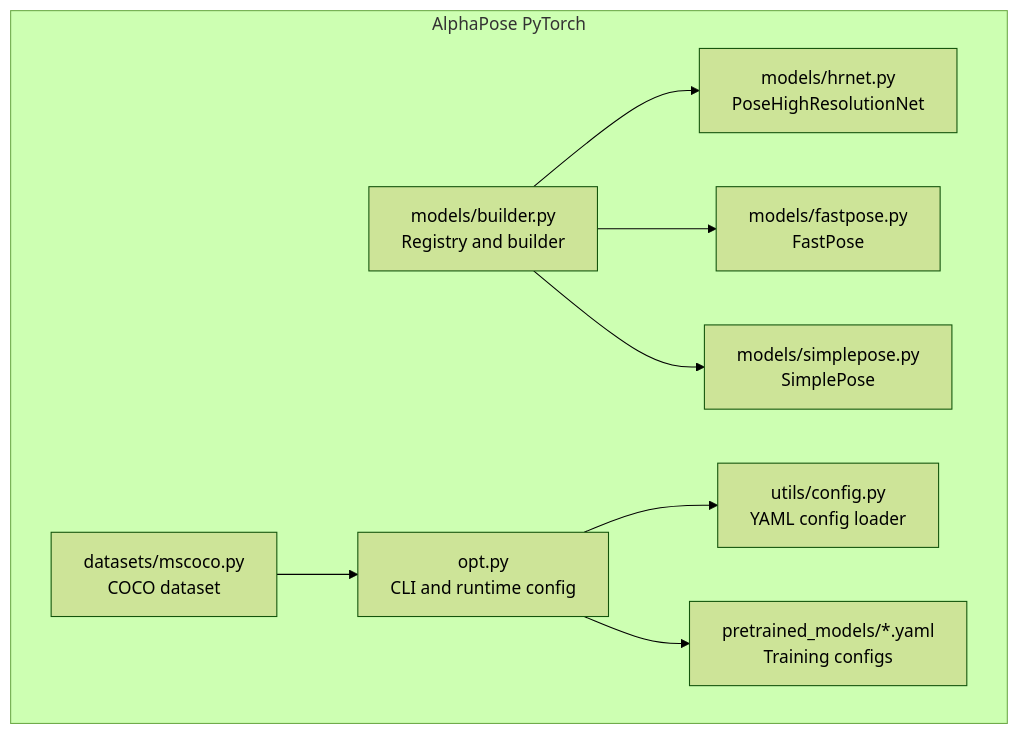
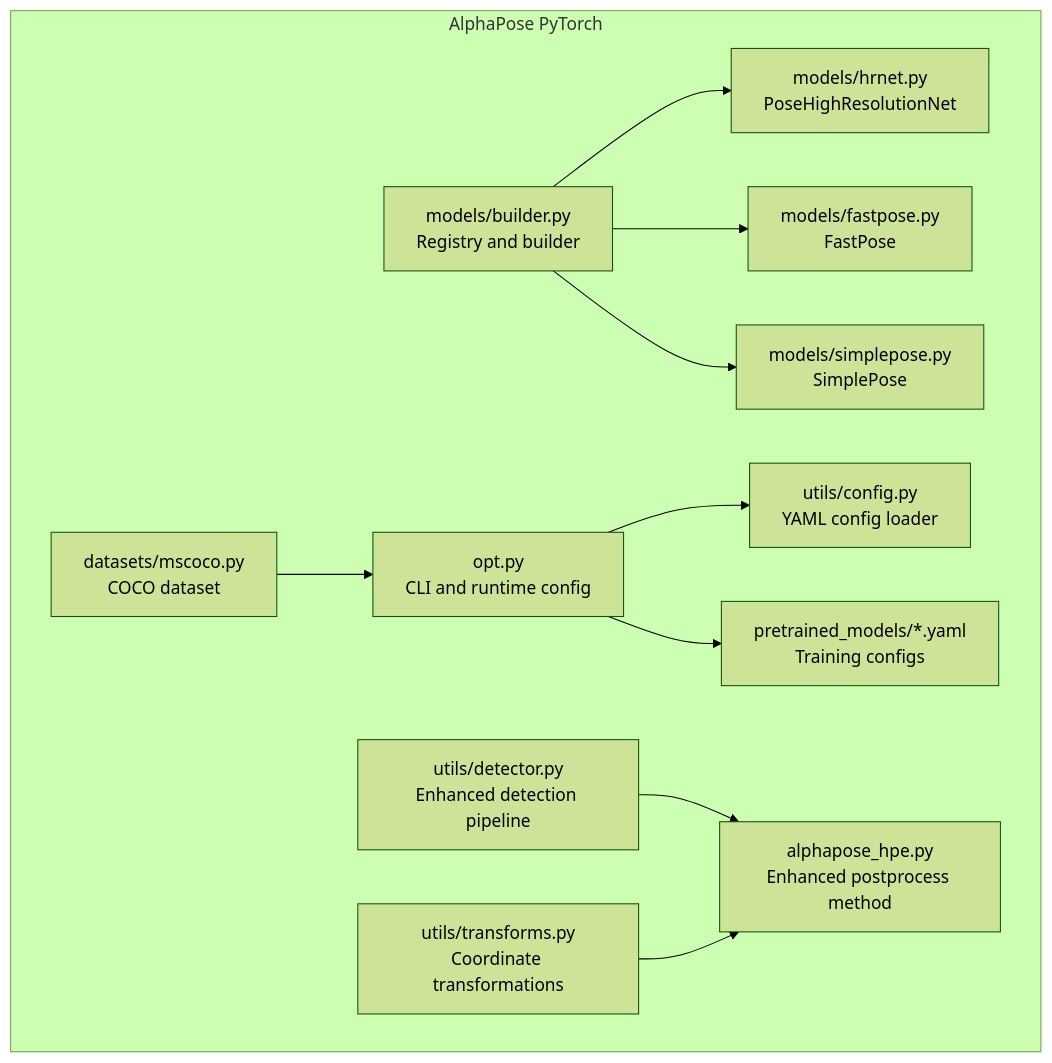
Before and after one commit to Fogus-Gr/MeasurementsDTs: the first of 10 diagrams in .qoder/repowiki/en/content/Model Implementations/AlphaPose Implementation.md, drawn with Mermaid (forest theme). The commit also changed other lines of this file and 12 other files, not shown here.

````diff
--- a/.qoder/repowiki/en/content/Model Implementations/AlphaPose Implementation.md
+++ b/.qoder/repowiki/en/content/Model Implementations/AlphaPose Implementation.md
@@ -40,19 +57,24 @@
 ```mermaid
 graph TB
 subgraph "AlphaPose PyTorch"
 A["models/builder.py<br/>Registry and builder"]
 B["models/hrnet.py<br/>PoseHighResolutionNet"]
 C["models/fastpose.py<br/>FastPose"]
 D["models/simplepose.py<br/>SimplePose"]
 E["datasets/mscoco.py<br/>COCO dataset"]
 F["utils/config.py<br/>YAML config loader"]
 G["opt.py<br/>CLI and runtime config"]
 H["pretrained_models/*.yaml<br/>Training configs"]
+I["utils/detector.py<br/>Enhanced detection pipeline"]
+J["utils/transforms.py<br/>Coordinate transformations"]
+K["alphapose_hpe.py<br/>Enhanced postprocess method"]
 end
 A --> B
 A --> C
 A --> D
 G --> F
 G --> H
 E --> G
+I --> K
+J --> K
 ```
````
